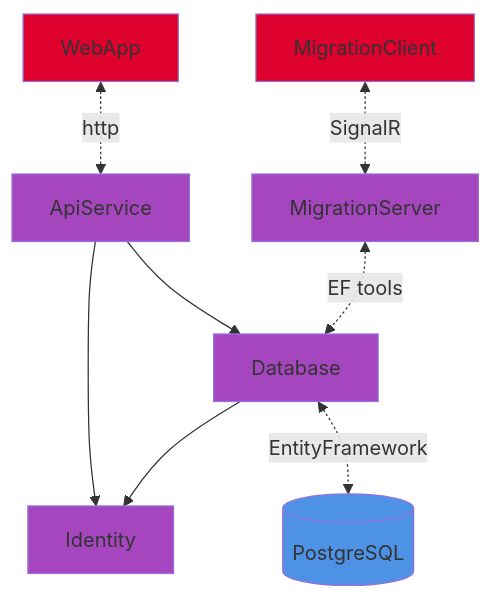
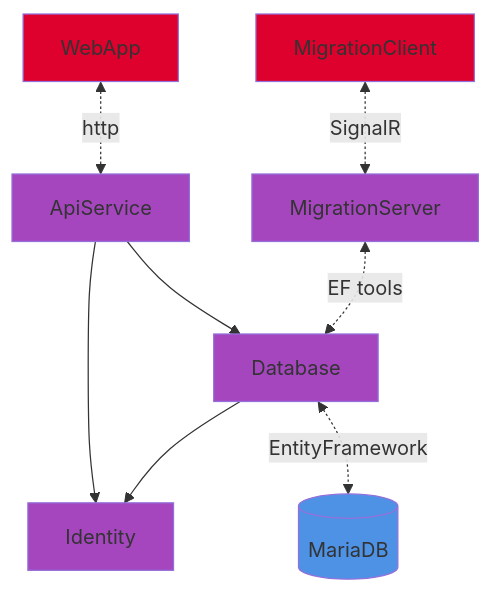
The diagram in src/GymApp/README.md (JoseLuisLaraRubio/Desarrollo_Web), drawn with Mermaid before and after one commit. The commit also changed 10 other files, not shown here.

````diff
--- a/src/GymApp/README.md
+++ b/src/GymApp/README.md
@@ -59,18 +59,18 @@
 ```mermaid
 graph TD
     style ApiService fill:#a546be
     style MigrationClient fill:#de002d
     style MigrationServer fill:#a546be
     style WebApp fill:#de002d
     style Database fill:#a546be
     style Identity fill:#a546be
     style db fill:#4e92e6
 
     WebApp <-.->|http| ApiService
     MigrationClient <-.->|SignalR| MigrationServer
     ApiService --> Database
     ApiService --> Identity
     MigrationServer <-.->|EF tools| Database
     Database --> Identity
-    Database <-.->|EntityFramework| db[(PostgreSQL)]
+    Database <-.->|EntityFramework| db[(MariaDB)]
 ```
````
